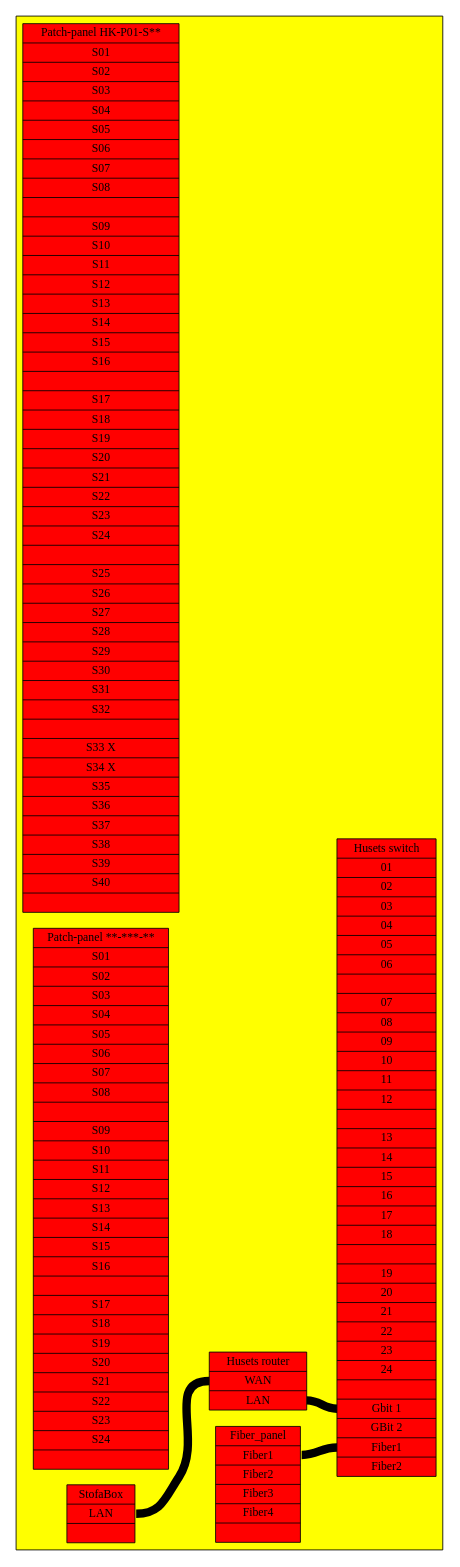
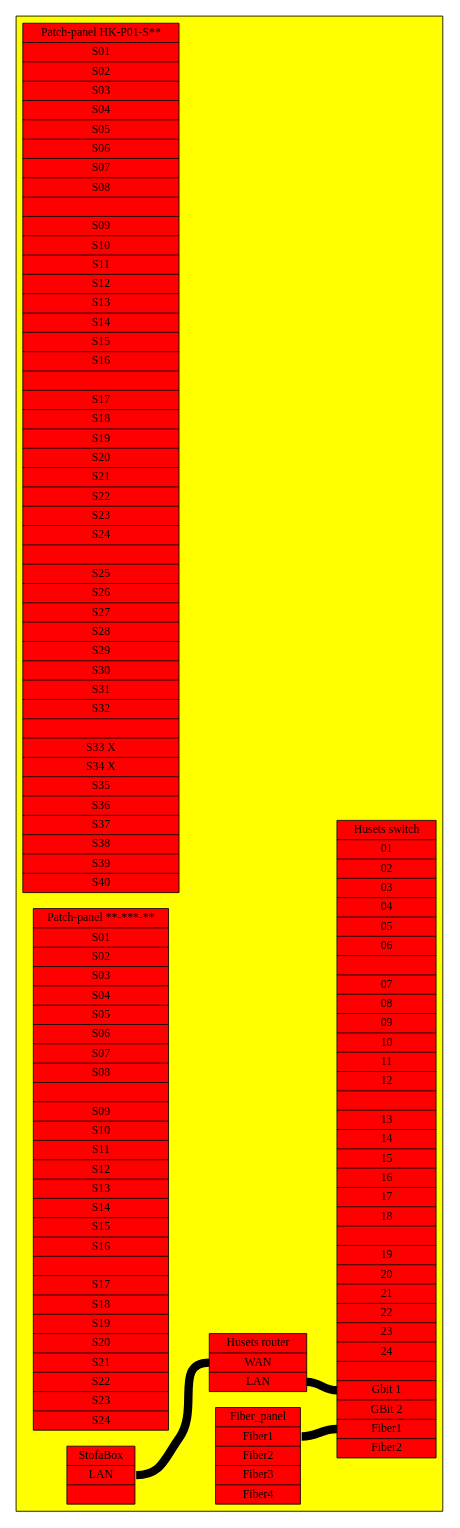
One commit to alslug/alslug.dk changed the diagram in projekter/bakkensbro-network.dot. Above: the diagram before and after it, drawn with Graphviz.

```diff
--- a/projekter/bakkensbro-network.dot
+++ b/projekter/bakkensbro-network.dot
@@ -1,60 +1,56 @@
 digraph xxx {
   rankdir=LR;
 
   node [ style=filled fillcolor=red ];
   subgraph cluster_bib {
     style=filled;
     fillcolor=yellow;
     
     HK_PO1 [ shape=record label="
       Patch-panel HK-P01-S**  |
       <S01> S01                       | <S02> S02                       | <S03> S03                       | <S04> S04                       |
       <S05> S05                       | <S06> S06                       | <S07> S07                       | <S08> S08                       | |
       <S09> S09                       | <S10> S10                       | <S11> S11                       | <S12> S12                       |
       <S13> S13                       | <S14> S14                       | <S15> S15                       | <S16> S16                       | |
       <S17> S17                       | <S18> S18                       | <S19> S19                       | <S20> S20                       |
       <S21> S21                       | <S22> S22                       | <S23> S23                       | <S24> S24                       | |
       <S25> S25                       | <S26> S26                       | <S27> S27                       | <S28> S28                       |
       <S29> S29                       | <S30> S30                       | <S31> S31                       | <S32> S32                       | |
       <S33> S33 X                     | <S34> S34 X                     | <S35> S35                       | <S36> S36                       |
-      <S37> S37                       | <S38> S38                       | <S39> S39                       | <S40> S40                       |
-      "];
+      <S37> S37                       | <S38> S38                       | <S39> S39                       | <S40> S40                       "];
     Patch_panel [ shape=record label="
       Patch-panel **-***-**  |
       <S01> S01                       | <S02> S02                       | <S03> S03                       | <S04> S04                       |
       <S05> S05                       | <S06> S06                       | <S07> S07                       | <S08> S08                       | |
       <S09> S09                       | <S10> S10                       | <S11> S11                       | <S12> S12                       |
       <S13> S13                       | <S14> S14                       | <S15> S15                       | <S16> S16                       | |
       <S17> S17                       | <S18> S18                       | <S19> S19                       | <S20> S20                       |
-      <S21> S21                       | <S22> S22                       | <S23> S23                       | <S24> S24                       |
-      }"];
+      <S21> S21                       | <S22> S22                       | <S23> S23                       | <S24> S24                       "];
     Husets_switch [ shape=record label="
       Husets switch   |
       <01> 01 | <02> 02 | <03> 03 | <04> 04 | <05> 05 | <06> 06 ||
       <07> 07 | <08> 08 | <09> 09 | <10> 10 | <11> 11 | <12> 12 ||
       <13> 13 | <14> 14 | <15> 15 | <16> 16 | <17> 17 | <18> 18 ||
       <19> 19 | <20> 20 | <21> 21 | <22> 22 | <23> 23 | <24> 24 ||
       <G1> Gbit 1 | <G2> GBit 2 | <Fiber1> Fiber1 | <Fiber2> Fiber2
       "];
     Fiber_panel [ shape=record label="
       Fiber_panel       |
       <Fiber1> Fiber1                 |
       <Fiber2> Fiber2                 |
       <Fiber3> Fiber3                 |
-      <Fiber4> Fiber4                 |
-      "];
+      <Fiber4> Fiber4                 "];
     StofaBox [ shape=record label="
       StofaBox      |
       <lan> LAN     |
       "];
     Husets_router [ shape=record label="
       Husets router |
       <wan> WAN     |
-      <lan> LAN
-      "];
+      <lan> LAN     "];
   }
   edge [ dir=none penwidth=10 ];
   StofaBox:lan -> Husets_router:wan;
   Husets_router:lan -> Husets_switch:G1;
   Fiber_panel:Fiber1 -> Husets_switch:Fiber1
 }
```
